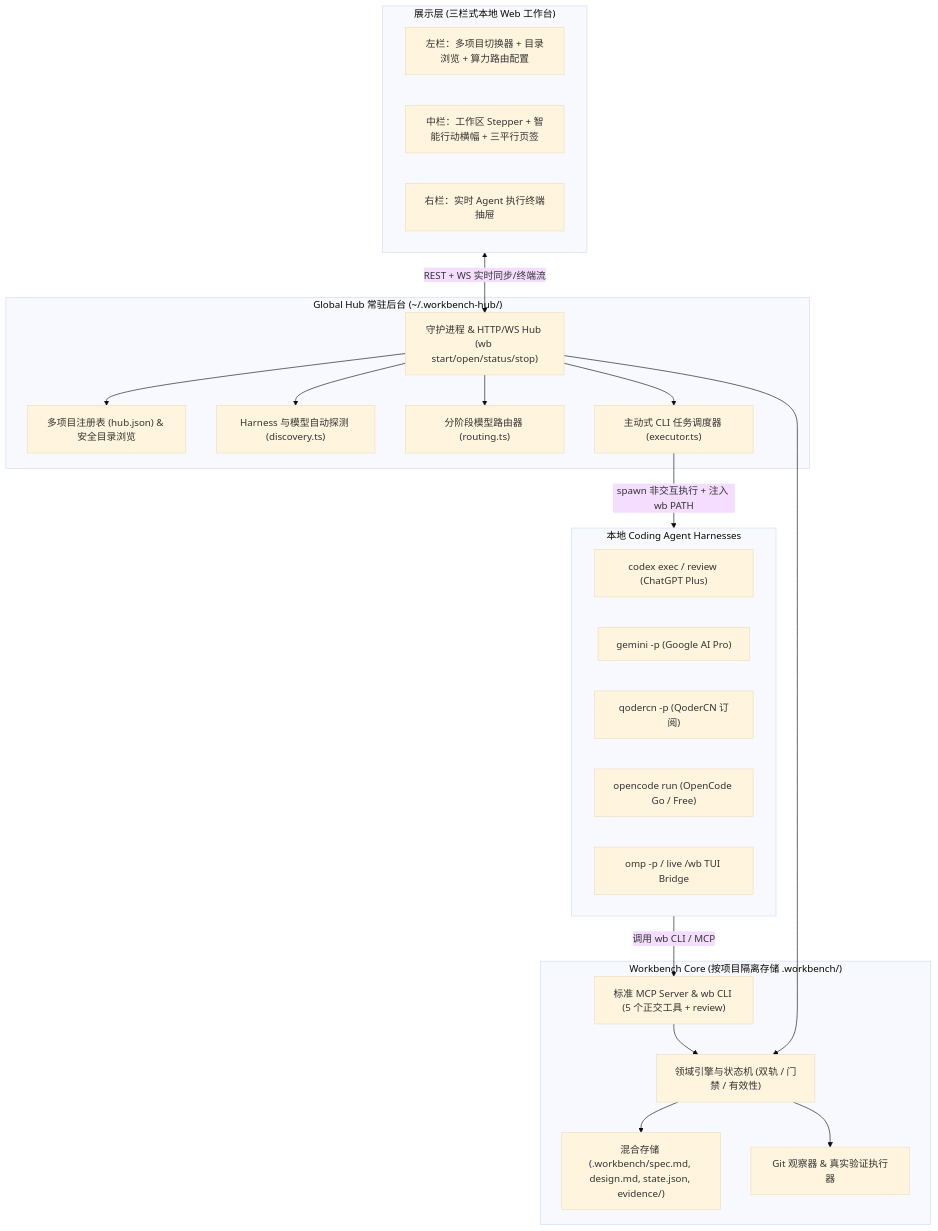
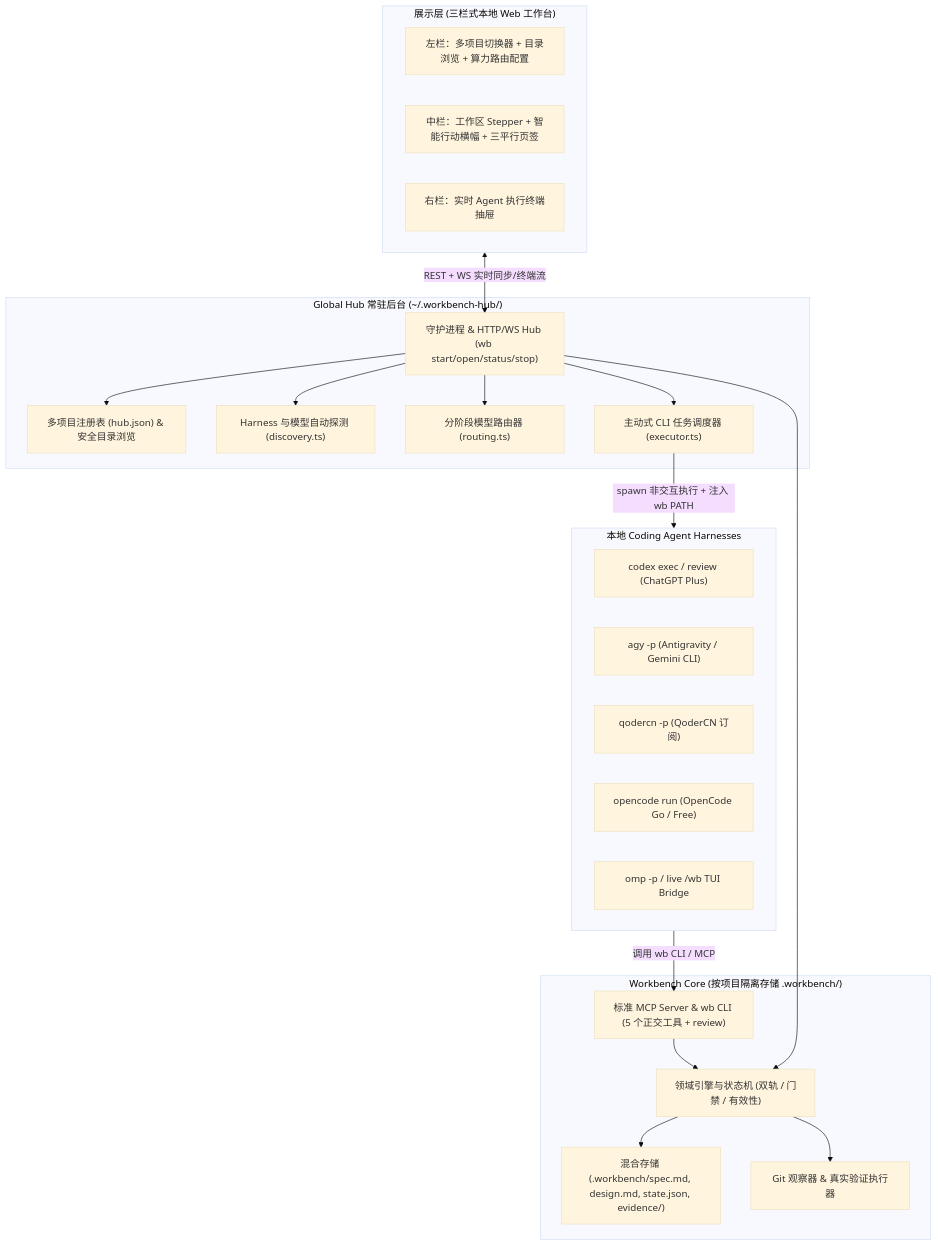
The diagram in docs/DESIGN.md (Jackie733/workbench), drawn with Mermaid (base theme) before and after one commit. The commit also changed other lines of this file and 6 other files, not shown here.

````diff
--- a/docs/DESIGN.md
+++ b/docs/DESIGN.md
@@ -42,43 +42,43 @@
 ```mermaid
 flowchart TD
     subgraph UI["展示层 (三栏式本地 Web 工作台)"]
         Sidebar["左栏：多项目切换器 + 目录浏览 + 算力路由配置"]
         MainStage["中栏：工作区 Stepper + 智能行动横幅 + 三平行页签"]
         Console["右栏：实时 Agent 执行终端抽屉"]
     end
 
     subgraph Hub["Global Hub 常驻后台 (~/.workbench-hub/)"]
         Daemon["守护进程 & HTTP/WS Hub (wb start/open/status/stop)"]
         Registry["多项目注册表 (hub.json) & 安全目录浏览"]
         Discovery["Harness 与模型自动探测 (discovery.ts)"]
         Router["分阶段模型路由器 (routing.ts)"]
         Executor["主动式 CLI 任务调度器 (executor.ts)"]
     end
 
     subgraph Harnesses["本地 Coding Agent Harnesses"]
         Codex["codex exec / review (ChatGPT Plus)"]
-        Gemini["gemini -p (Google AI Pro)"]
+        Agy["agy -p (Antigravity / Gemini CLI)"]
         Qoder["qodercn -p (QoderCN 订阅)"]
         OpenCode["opencode run (OpenCode Go / Free)"]
         OMP["omp -p / live /wb TUI Bridge"]
     end
 
     subgraph Core["Workbench Core (按项目隔离存储 .workbench/)"]
         Domain["领域引擎与状态机 (双轨 / 门禁 / 有效性)"]
         Store["混合存储 (.workbench/spec.md, design.md, state.json, evidence/)"]
         GitExec["Git 观察器 & 真实验证执行器"]
         MCP["标准 MCP Server & wb CLI (5 个正交工具 + review)"]
     end
 
     UI <-->|"REST + WS 实时同步/终端流"| Daemon
     Daemon --> Registry
     Daemon --> Discovery
     Daemon --> Router
     Daemon --> Executor
     Executor -->|"spawn 非交互执行 + 注入 wb PATH"| Harnesses
     Harnesses -->|"调用 wb CLI / MCP"| MCP
     MCP --> Domain
     Daemon --> Domain
     Domain --> Store
     Domain --> GitExec
 ```
````
